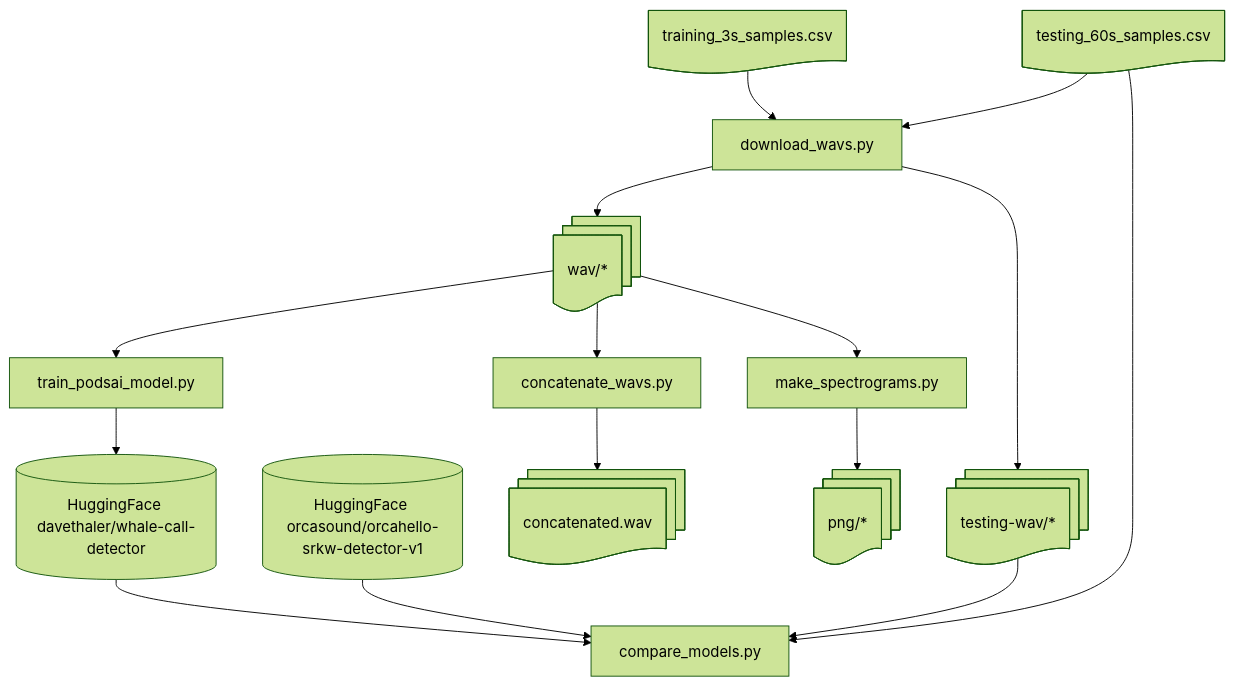
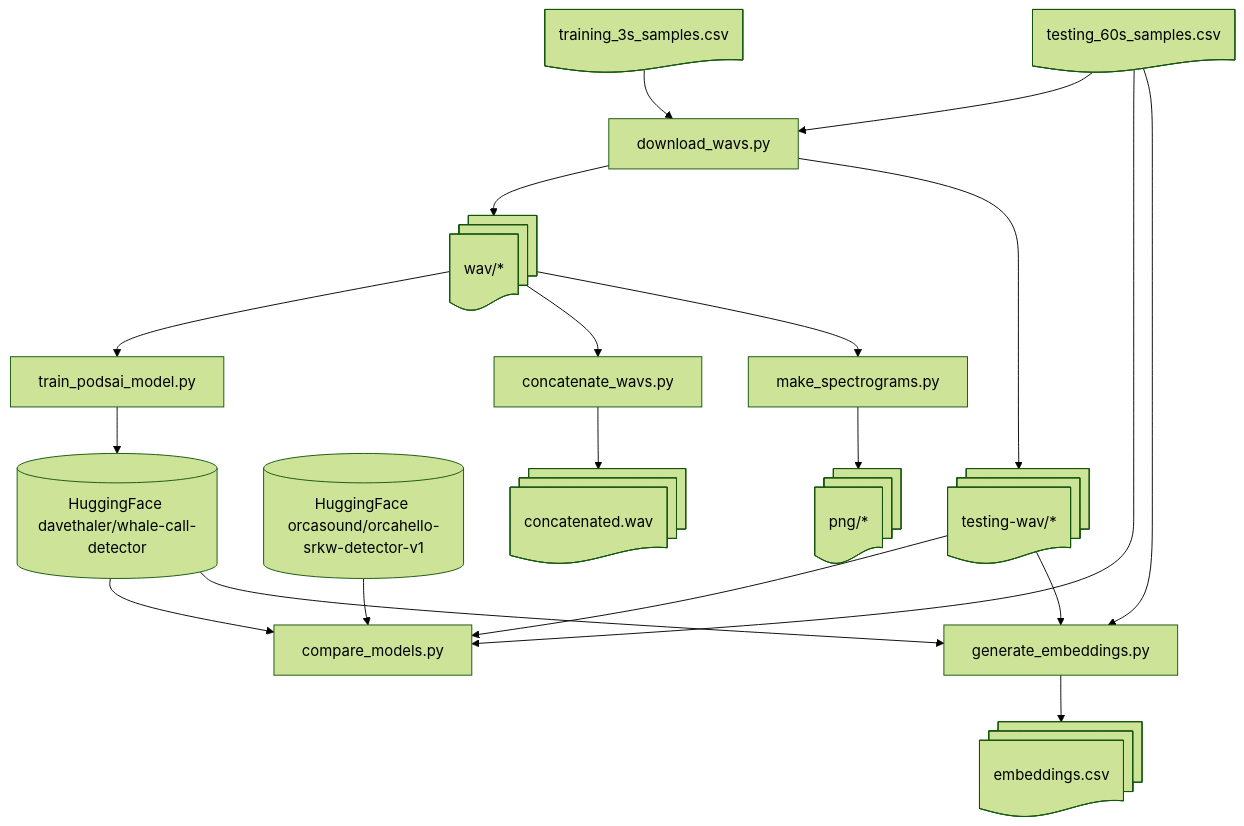
Before and after one commit to FinalSunFlower/pods-ai: the diagram in README.md, drawn with Mermaid (forest theme). The commit also changed other lines of this file and 4 other files, not shown here.

````diff
--- a/README.md
+++ b/README.md
@@ -24,30 +25,35 @@
 ```mermaid
 flowchart TD;
     podsaiModel[(HuggingFace davethaler/whale-call-detector)];
     orcaHelloModel[(HuggingFace orcasound/orcahello-srkw-detector-v1)];
     trainingSamples@{ shape: doc, label: "training_3s_samples.csv" };
     testingSamples@{ shape: doc, label: "testing_60s_samples.csv" };
     wav@{ shape: docs, label: "wav/*" };
     testingWav@{ shape: docs, label: "testing-wav/*" };
     concatenated@{ shape: docs, label: "concatenated.wav" };
     png@{ shape: docs, label: "png/*" };
+    embeddings@{ shape: docs, label: "embeddings.csv" };
 
     downloadWavs@{ shape: rect, label: "download_wavs.py" };
     trainPodsaiModel@{ shape: rect, label: "train_podsai_model.py" };
     compareModels@{ shape: rect, label: "compare_models.py" };
     concatenateWavs@{ shape: rect, label: "concatenate_wavs.py" };
     makeSpectrograms@{ shape: rect, label: "make_spectrograms.py" };
+    generateEmbeddings@{ shape: rect, label: "generate_embeddings.py" };
 
     trainingSamples-->downloadWavs-->wav;
     testingSamples-->downloadWavs-->testingWav;
 
     wav-->trainPodsaiModel-->podsaiModel;
 
     podsaiModel-->compareModels;
     testingSamples-->compareModels;
     testingWav-->compareModels;
     orcaHelloModel-->compareModels;
 
     wav-->concatenateWavs-->concatenated;
     wav-->makeSpectrograms-->png;
+    podsaiModel-->generateEmbeddings;
+    testingSamples-->generateEmbeddings;
+    testingWav-->generateEmbeddings-->embeddings;
 ```
````
